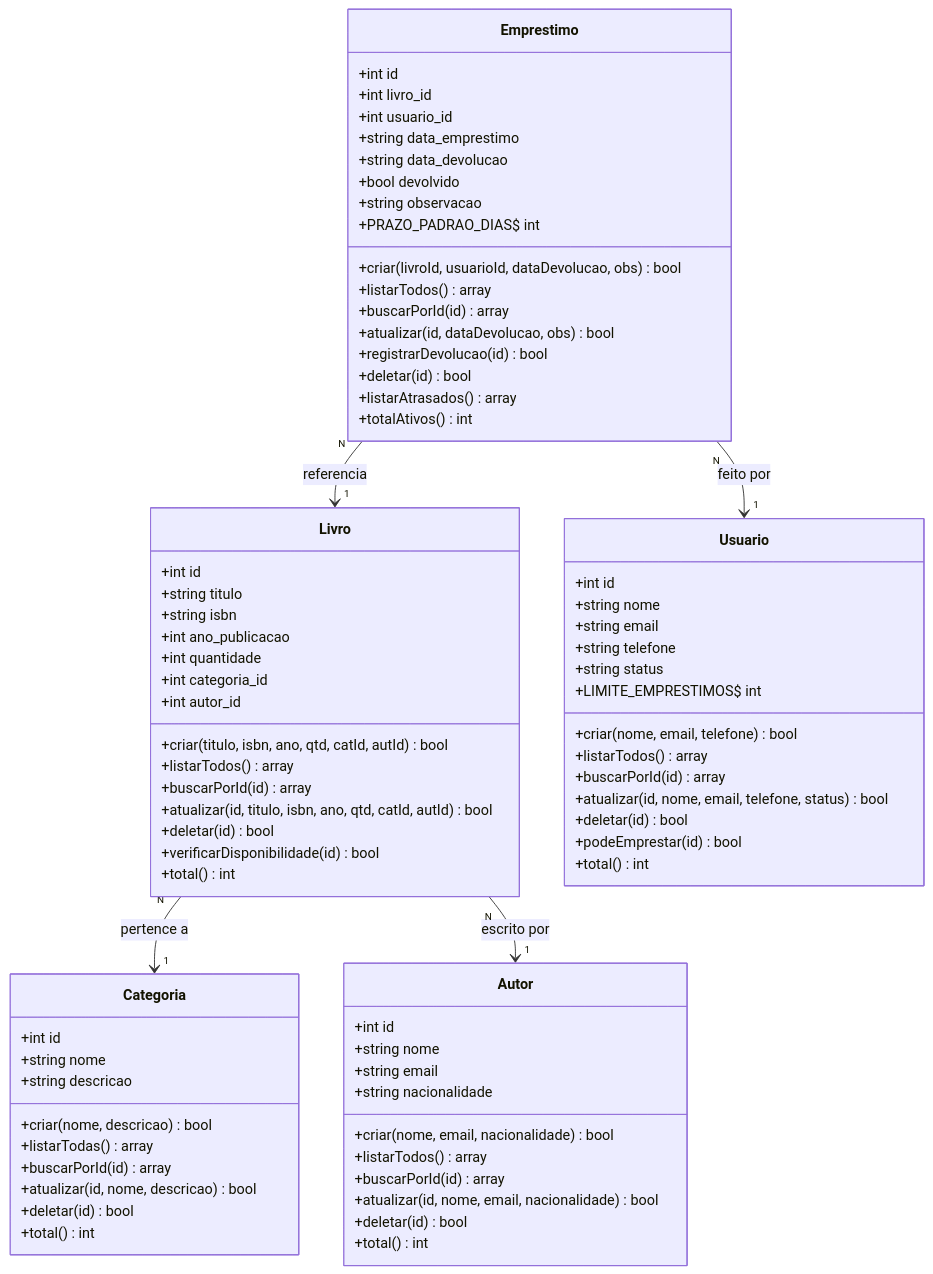
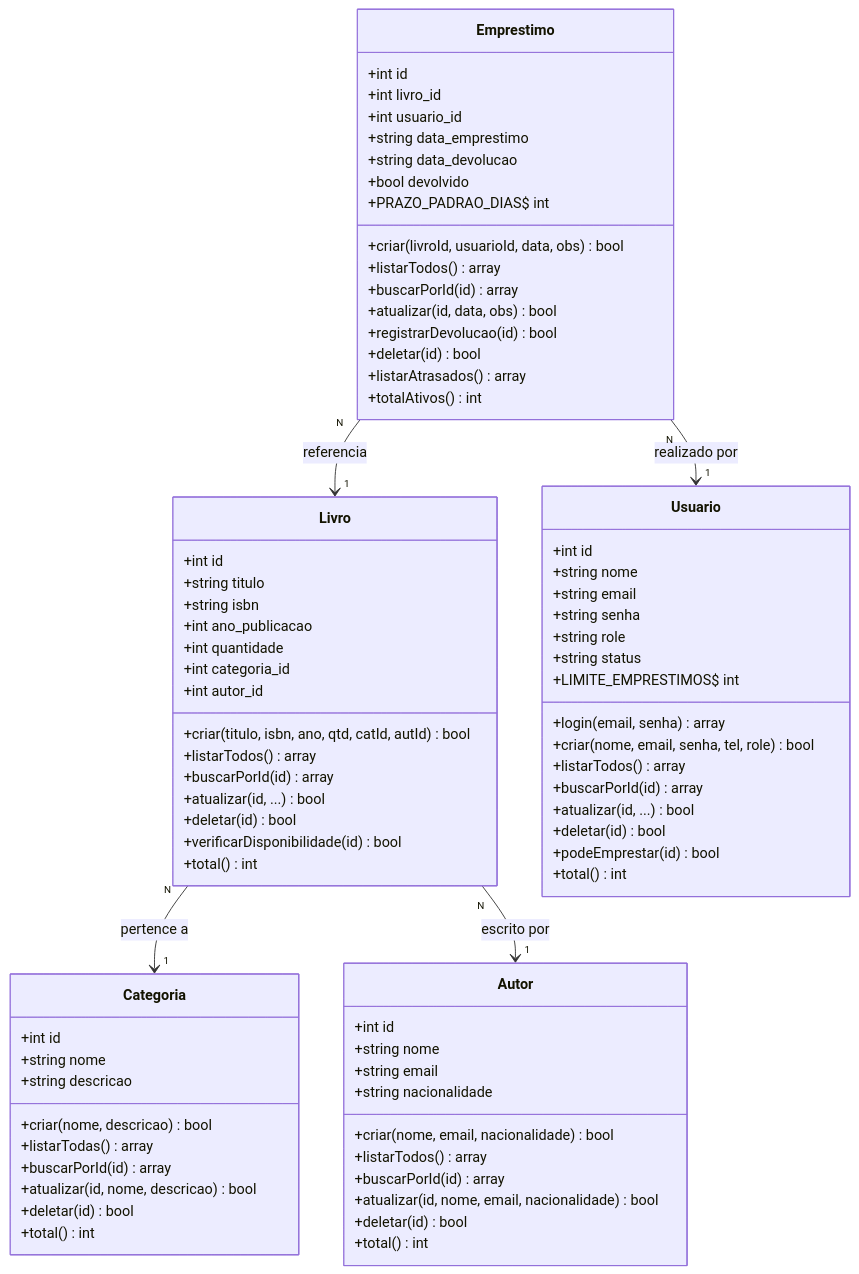
The diagram in README.md (LuizAndr4d3/biblioteca), drawn with Mermaid before and after one commit. The commit also changed other lines of this file and 5 other files, not shown here.

````diff
--- a/README.md
+++ b/README.md
@@ -119,7 +67,7 @@
         +criar(titulo, isbn, ano, qtd, catId, autId) bool
         +listarTodos() array
         +buscarPorId(id) array
-        +atualizar(id, titulo, isbn, ano, qtd, catId, autId) bool
+        +atualizar(id, ...) bool
         +deletar(id) bool
         +verificarDisponibilidade(id) bool
         +total() int
@@ -129,13 +77,15 @@
         +int id
         +string nome
         +string email
-        +string telefone
+        +string senha
+        +string role
         +string status
         +LIMITE_EMPRESTIMOS$ int
-        +criar(nome, email, telefone) bool
+        +login(email, senha) array
+        +criar(nome, email, senha, tel, role) bool
         +listarTodos() array
         +buscarPorId(id) array
-        +atualizar(id, nome, email, telefone, status) bool
+        +atualizar(id, ...) bool
         +deletar(id) bool
         +podeEmprestar(id) bool
         +total() int
@@ -148,12 +98,11 @@
         +string data_emprestimo
         +string data_devolucao
         +bool devolvido
-        +string observacao
         +PRAZO_PADRAO_DIAS$ int
-        +criar(livroId, usuarioId, dataDevolucao, obs) bool
+        +criar(livroId, usuarioId, data, obs) bool
         +listarTodos() array
         +buscarPorId(id) array
-        +atualizar(id, dataDevolucao, obs) bool
+        +atualizar(id, data, obs) bool
         +registrarDevolucao(id) bool
         +deletar(id) bool
         +listarAtrasados() array
@@ -163,5 +112,5 @@
     Livro       "N" --> "1" Categoria : pertence a
     Livro       "N" --> "1" Autor     : escrito por
     Emprestimo  "N" --> "1" Livro     : referencia
-    Emprestimo  "N" --> "1" Usuario   : feito por
+    Emprestimo  "N" --> "1" Usuario   : realizado por
 ```
````
